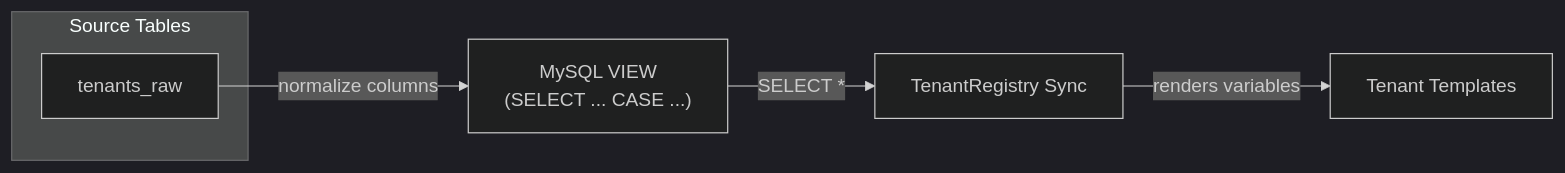
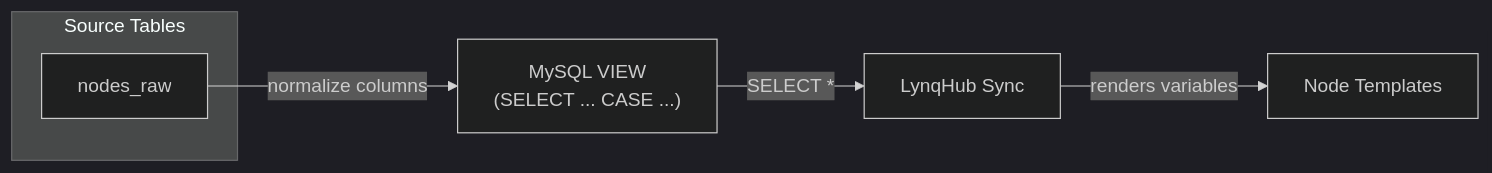
Before and after one commit to kubernetes-tenants/tenant-operator: the second of 3 diagrams in docs/datasource.md, drawn with Mermaid (dark theme). The commit also changed other lines of this file and 203 other files, not shown here.

First line of the commit message:
refactor: Complete rename from tenant-operator to lynq

````diff
--- a/docs/datasource.md
+++ b/docs/datasource.md
@@ -228,13 +228,13 @@
 ```mermaid
 flowchart LR
     subgraph Source["Source Tables"]
-        Raw["tenants_raw"]
+        Raw["nodes_raw"]
     end
     View["MySQL VIEW<br/>(SELECT ... CASE ...)"]
-    Operator["TenantRegistry Sync"]
-    Templates["Tenant Templates"]
+    Operator["LynqHub Sync"]
+    Templates["Node Templates"]
 
     Raw -- "normalize columns" --> View
     View -- "SELECT *" --> Operator
     Operator -- "renders variables" --> Templates
 ```
````
